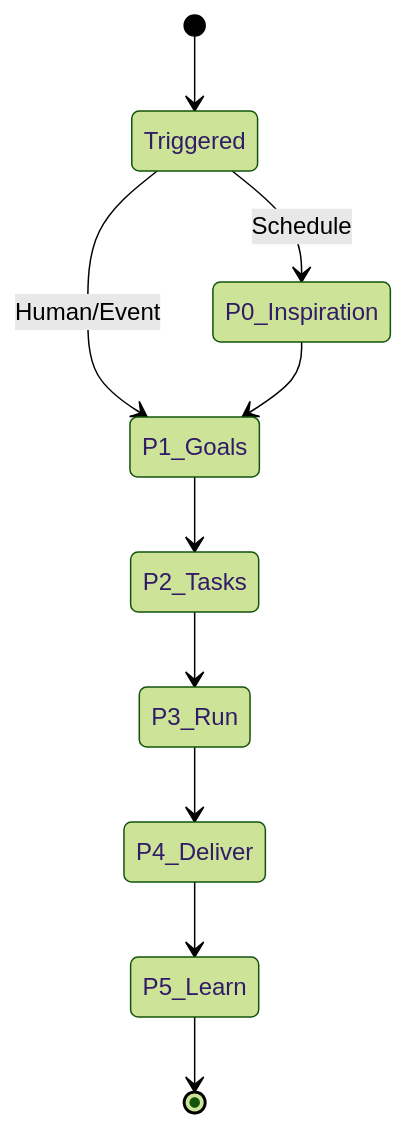
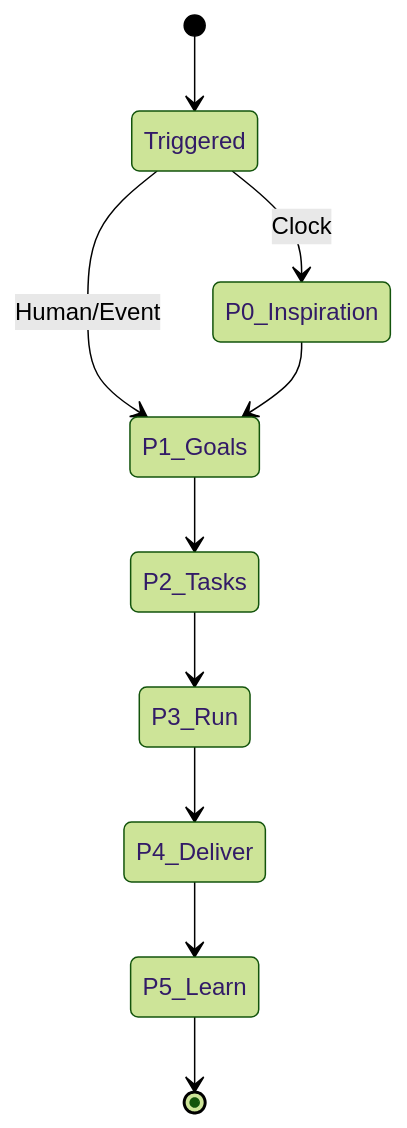
The fifth of 5 diagrams in agent/autonomous/DESIGN.md (YaoApp/yao), drawn with Mermaid (forest theme) before and after one commit. The commit also changed other lines of this file, not shown here.

First line of the commit message:
Update Autonomous Agent Design Document to Replace Schedule with Clock Trigger

````diff
--- a/agent/autonomous/DESIGN.md
+++ b/agent/autonomous/DESIGN.md
@@ -558,12 +579,12 @@
 ```mermaid
 stateDiagram-v2
     [*] --> Triggered
-    Triggered --> P0_Inspiration: Schedule
+    Triggered --> P0_Inspiration: Clock
     Triggered --> P1_Goals: Human/Event
     P0_Inspiration --> P1_Goals
     P1_Goals --> P2_Tasks
     P2_Tasks --> P3_Run
     P3_Run --> P4_Deliver
     P4_Deliver --> P5_Learn
     P5_Learn --> [*]
 ```
````
